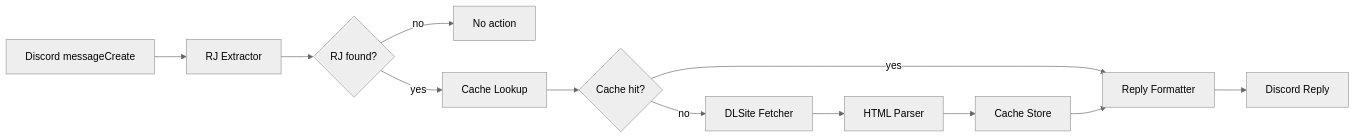
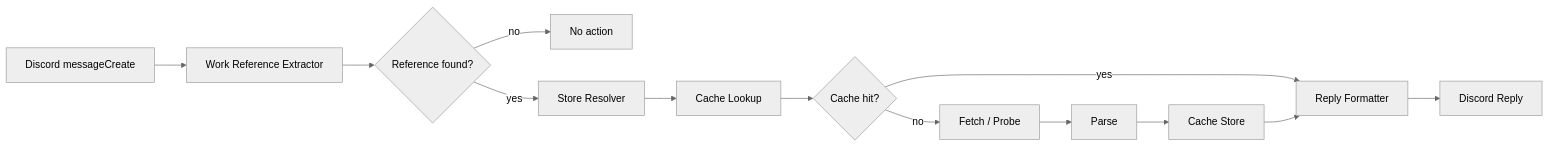
One commit to tukuyomil032/PathFinder changed the diagram in docs/architecture.md. Above: the diagram before and after it, drawn with Mermaid (neutral theme). The commit also changed other lines of this file and 10 other files, not shown here.

````diff
--- a/docs/architecture.md
+++ b/docs/architecture.md
@@ -9,14 +9,15 @@
 ```mermaid
 flowchart LR
-    A[Discord messageCreate] --> B[RJ Extractor]
-    B --> C{RJ found?}
+    A[Discord messageCreate] --> B[Work Reference Extractor]
+    B --> C{Reference found?}
     C -- no --> Z[No action]
-    C -- yes --> D[Cache Lookup]
-    D --> E{Cache hit?}
-    E -- yes --> H[Reply Formatter]
-    E -- no --> F[DLSite Fetcher]
-    F --> G[HTML Parser]
-    G --> I[Cache Store]
-    I --> H
-    H --> J[Discord Reply]
+    C -- yes --> D[Store Resolver]
+    D --> E[Cache Lookup]
+    E --> F{Cache hit?}
+    F -- yes --> K[Reply Formatter]
+    F -- no --> G[Fetch / Probe]
+    G --> H[Parse]
+    H --> I[Cache Store]
+    I --> K
+    K --> J[Discord Reply]
 ```
````
